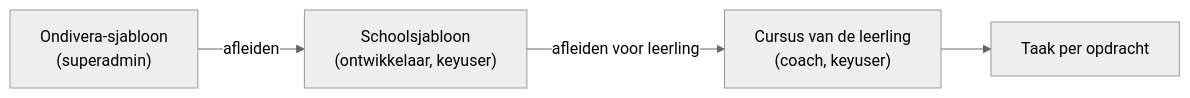
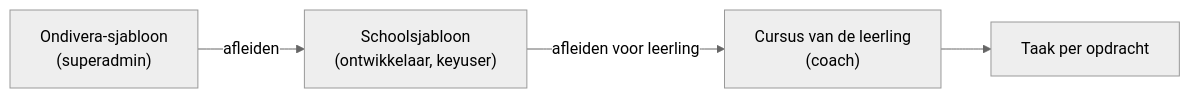
The fourth of 4 diagrams in docs/ROLLEN-EN-FLOWS.md (RockITFuel/Incluvo), drawn with Mermaid (neutral theme) before and after one commit. The commit also changed other lines of this file and 33 other files, not shown here.

````diff
--- a/docs/ROLLEN-EN-FLOWS.md
+++ b/docs/ROLLEN-EN-FLOWS.md
@@ -132,6 +135,6 @@
 ```mermaid
 flowchart LR
     A["Ondivera-sjabloon<br/>(superadmin)"] -- "afleiden" --> B["Schoolsjabloon<br/>(ontwikkelaar, keyuser)"]
-    B -- "afleiden voor leerling" --> C["Cursus van de leerling<br/>(coach, keyuser)"]
+    B -- "afleiden voor leerling" --> C["Cursus van de leerling<br/>(coach)"]
     C --> T["Taak per opdracht"]
 ```
````
